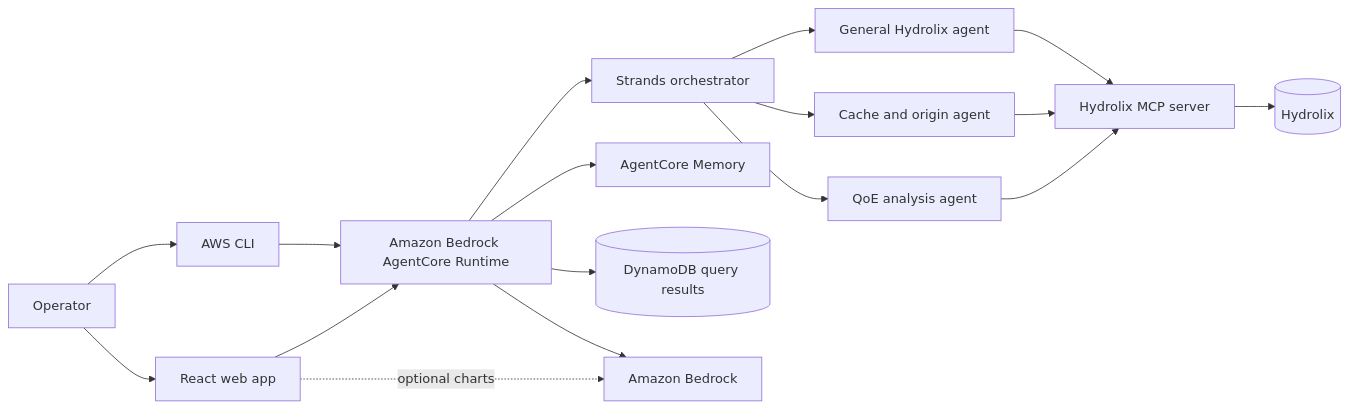
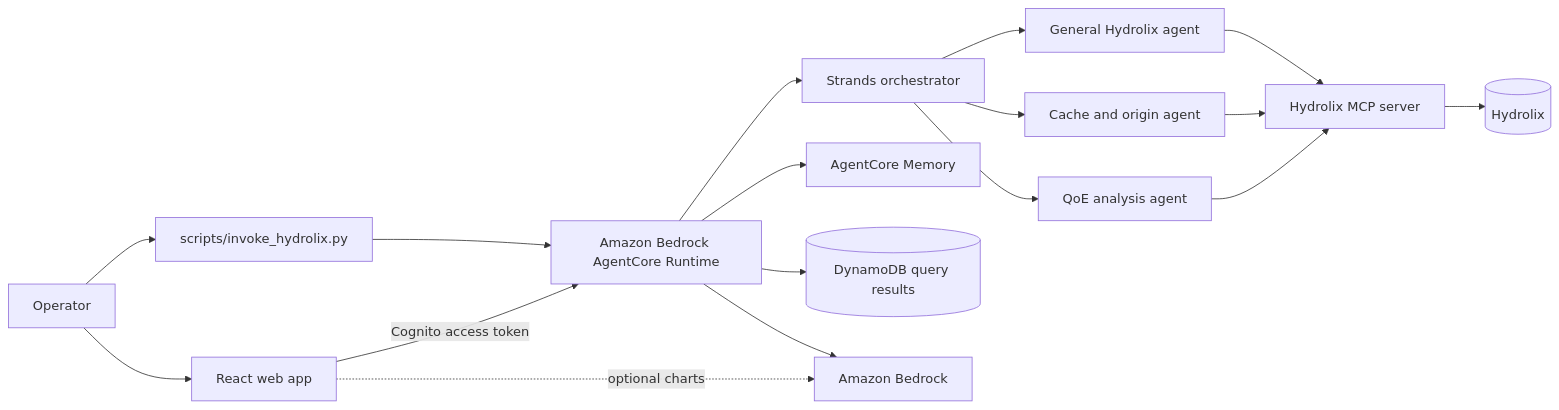
The diagram in samples/hydrolix/README.md (aws-samples/sample-agentic-video-operations), drawn with Mermaid before and after one commit. The commit also changed other lines of this file and 244 other files, not shown here.

````diff
--- a/samples/hydrolix/README.md
+++ b/samples/hydrolix/README.md
@@ -31,19 +31,19 @@
 ```mermaid
 flowchart LR
-    Operator --> CLI[AWS CLI]
+    Operator --> CLI[scripts/invoke_hydrolix.py]
     Operator --> Web[React web app]
     CLI --> Runtime[Amazon Bedrock AgentCore Runtime]
-    Web --> Runtime
+    Web -- Cognito access token --> Runtime
     Runtime --> Orchestrator[Strands orchestrator]
     Orchestrator --> General[General Hydrolix agent]
     Orchestrator --> Cache[Cache and origin agent]
     Orchestrator --> QoE[QoE analysis agent]
     General --> MCP[Hydrolix MCP server]
     Cache --> MCP
     QoE --> MCP
     MCP --> Hydrolix[(Hydrolix)]
     Runtime --> Memory[AgentCore Memory]
     Runtime --> Results[(DynamoDB query results)]
     Runtime --> Bedrock[Amazon Bedrock]
     Web -. optional charts .-> Bedrock
 ```
````
